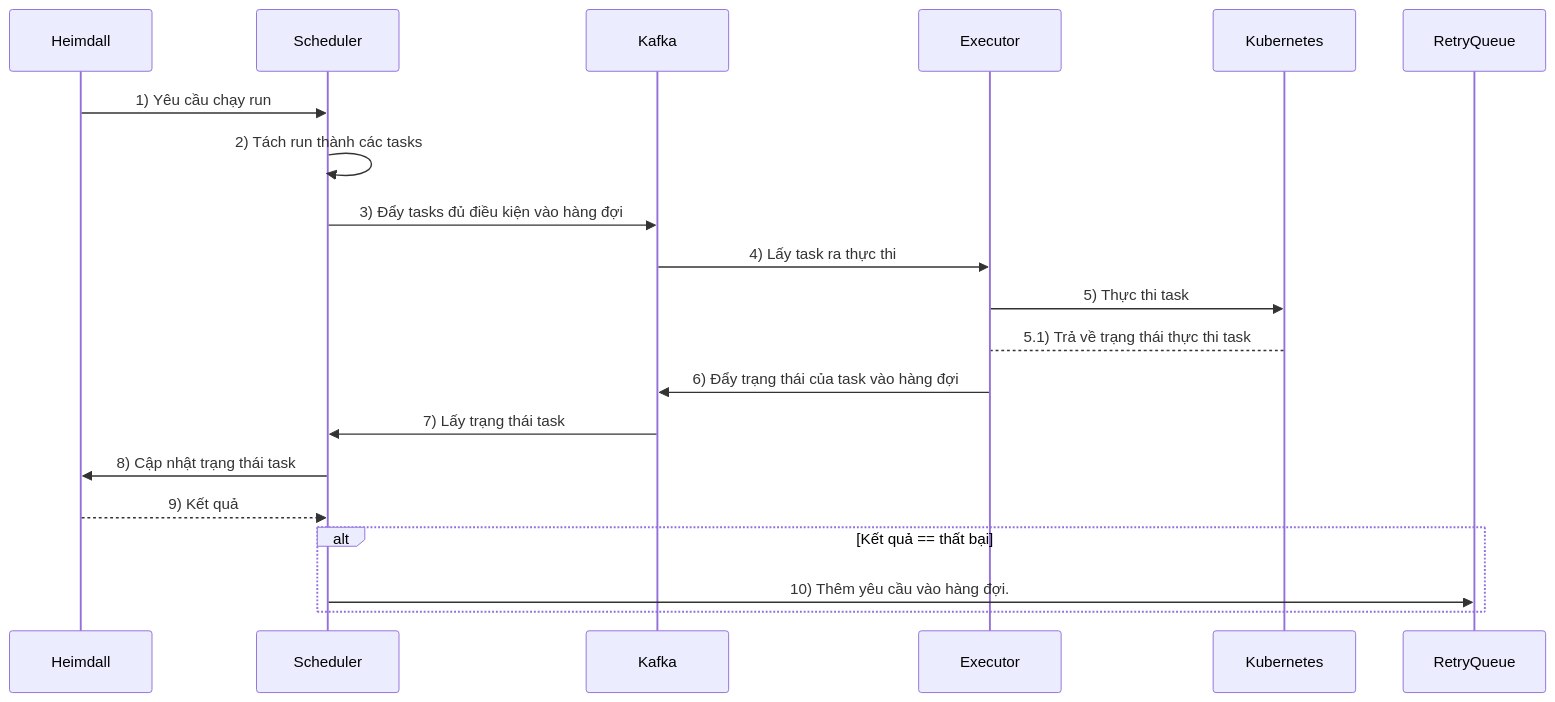
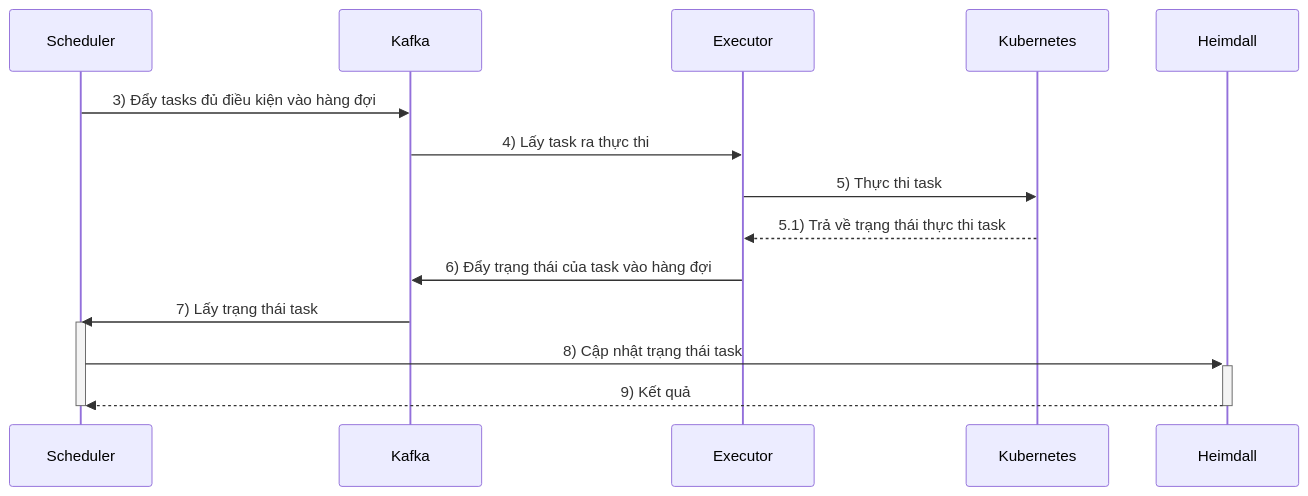
One commit to pinezapple/workflow changed the diagram in doc/old-execute-task.md. Above: the diagram before and after it, drawn with Mermaid. The commit also changed 3 other files, not shown here.

Commit message:
add new diagram

````diff
--- a/doc/old-execute-task.md
+++ b/doc/old-execute-task.md
@@ -1,16 +1,13 @@
 ```mermaid
 sequenceDiagram
-	Heimdall ->> Scheduler: 1) Yêu cầu chạy run  
-    Scheduler ->> Scheduler: 2) Tách run thành các tasks
     Scheduler ->> Kafka: 3) Đẩy tasks đủ điều kiện vào hàng đợi
 	Kafka ->> Executor: 4) Lấy task ra thực thi
     Executor ->> Kubernetes: 5) Thực thi task
-    Kubernetes --> Executor: 5.1) Trả về trạng thái thực thi task
+    Kubernetes -->> Executor: 5.1) Trả về trạng thái thực thi task
     Executor ->> Kafka: 6) Đẩy trạng thái của task vào hàng đợi
     Kafka ->> Scheduler: 7) Lấy trạng thái task
-    Scheduler ->> Heimdall: 8) Cập nhật trạng thái task
-    Heimdall -->> Scheduler: 9) Kết quả
-    alt Kết quả == thất bại
-        Scheduler ->> RetryQueue: 10) Thêm yêu cầu vào hàng đợi.
-    end
+    activate Scheduler 
+    Scheduler ->>+ Heimdall: 8) Cập nhật trạng thái task
+    Heimdall -->>- Scheduler: 9) Kết quả
+    deactivate Scheduler
 ```
````
